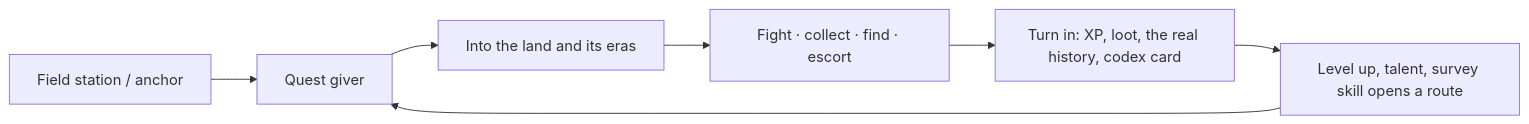
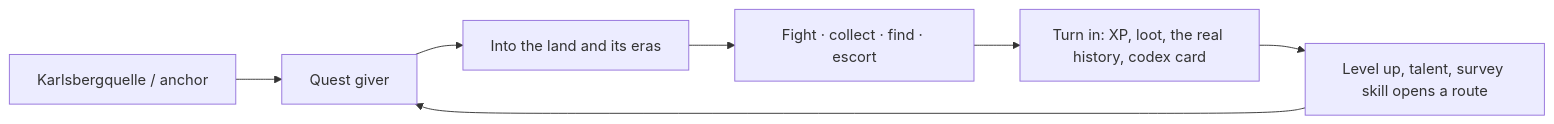
The first of 3 diagrams in docs/PRD.md (schloss-karlsberg/karlsberg-quest), drawn with Mermaid before and after one commit. The commit also changed other lines of this file and 21 other files, not shown here.

````diff
--- a/docs/PRD.md
+++ b/docs/PRD.md
@@ -127,9 +134,9 @@
 ```mermaid
 flowchart LR
-    H[Field station / anchor] --> G[Quest giver]
+    H[Karlsbergquelle / anchor] --> G[Quest giver]
     G --> X[Into the land and its eras]
     X --> F[Fight · collect · find · escort]
     F --> T[Turn in: XP, loot, the real history, codex card]
     T --> L[Level up, talent, survey skill opens a route]
     L --> G
 ```
````
